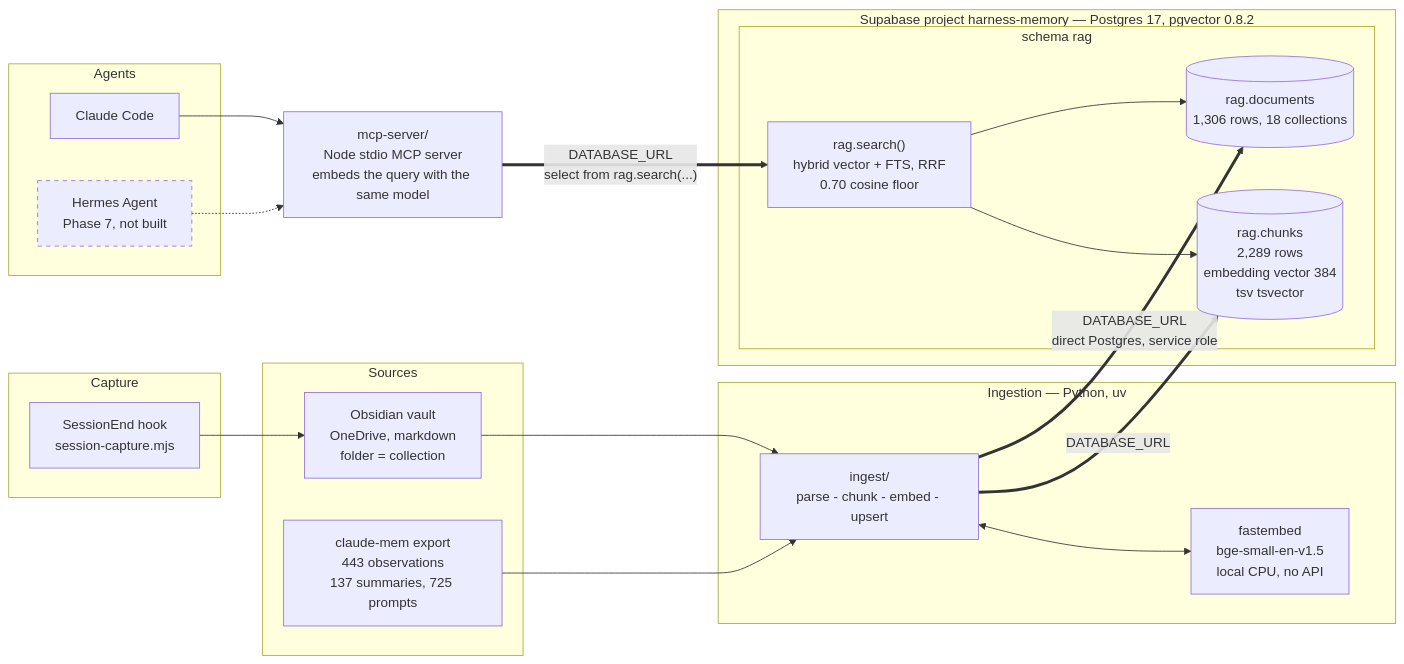
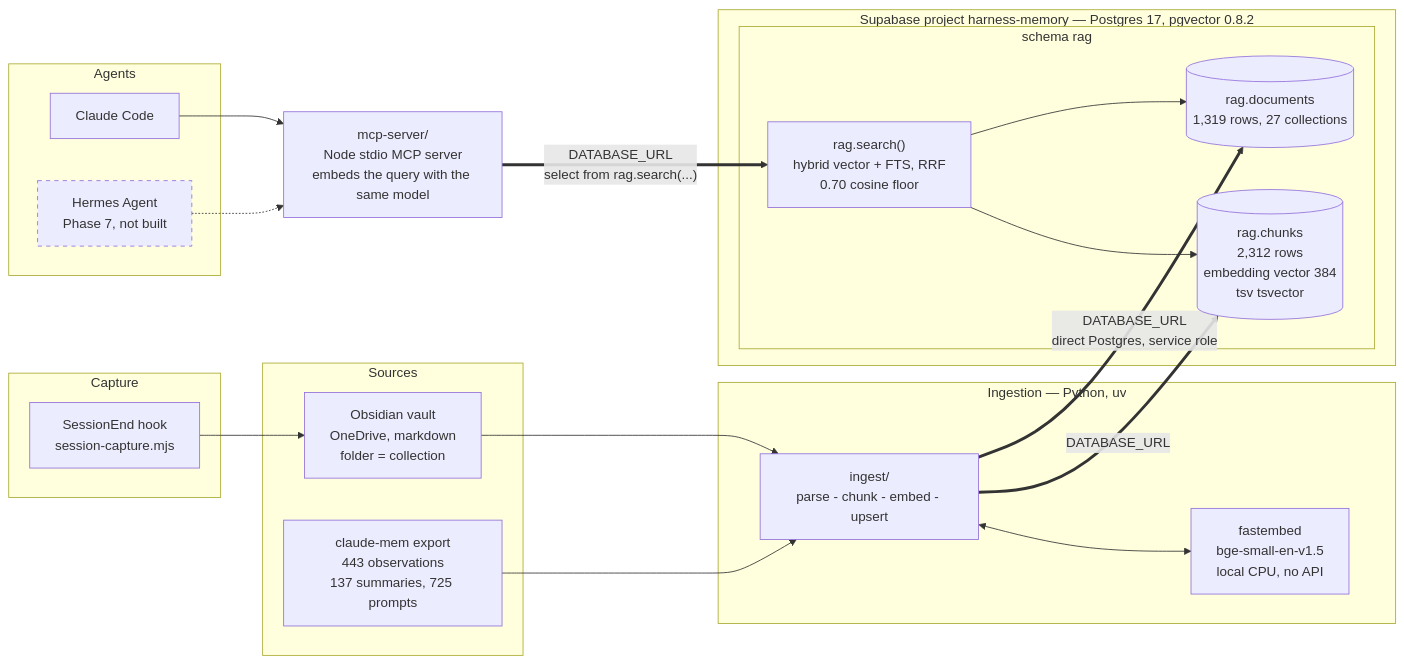
The first of 3 diagrams in docs/architecture.md (emstacho-su/agentic-harness), drawn with Mermaid before and after one commit. The commit also changed other lines of this file and 6 other files, not shown here.

````diff
--- a/docs/architecture.md
+++ b/docs/architecture.md
@@ -36,47 +36,47 @@
 ```mermaid
 flowchart LR
     subgraph capture["Capture"]
         hook["SessionEnd hook<br/>session-capture.mjs"]
     end
 
     subgraph sources["Sources"]
         vault["Obsidian vault<br/>OneDrive, markdown<br/>folder = collection"]
         cmem["claude-mem export<br/>443 observations<br/>137 summaries, 725 prompts"]
     end
 
     subgraph ingestion["Ingestion — Python, uv"]
         ing["ingest/<br/>parse - chunk - embed - upsert"]
         emb["fastembed<br/>bge-small-en-v1.5<br/>local CPU, no API"]
     end
 
     subgraph agents["Agents"]
         cc["Claude Code"]
         hermes["Hermes Agent<br/>Phase 7, not built"]
     end
 
     mcp["mcp-server/<br/>Node stdio MCP server<br/>embeds the query with the same model"]
 
     subgraph project["Supabase project harness-memory — Postgres 17, pgvector 0.8.2"]
         subgraph ragschema["schema rag"]
             fn["rag.search()<br/>hybrid vector + FTS, RRF<br/>0.70 cosine floor"]
-            docs[("rag.documents<br/>1,306 rows, 18 collections")]
-            chunks[("rag.chunks<br/>2,289 rows<br/>embedding vector 384<br/>tsv tsvector")]
+            docs[("rag.documents<br/>1,319 rows, 27 collections")]
+            chunks[("rag.chunks<br/>2,312 rows<br/>embedding vector 384<br/>tsv tsvector")]
         end
     end
 
     hook --> vault
     vault --> ing
     cmem --> ing
     ing <--> emb
     cc --> mcp
     hermes -.-> mcp
 
     ing ==>|"DATABASE_URL<br/>direct Postgres, service role"| docs
     ing ==>|"DATABASE_URL"| chunks
     mcp ==>|"DATABASE_URL<br/>select from rag.search(...)"| fn
     fn --> chunks
     fn --> docs
 
     classDef unbuilt stroke-dasharray: 5 5
     class hermes unbuilt
 ```
````
